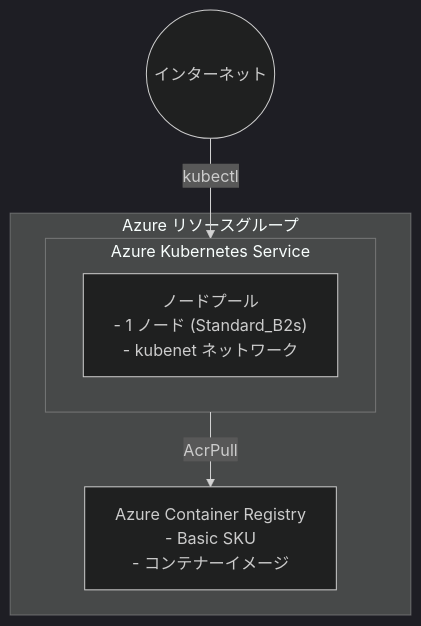
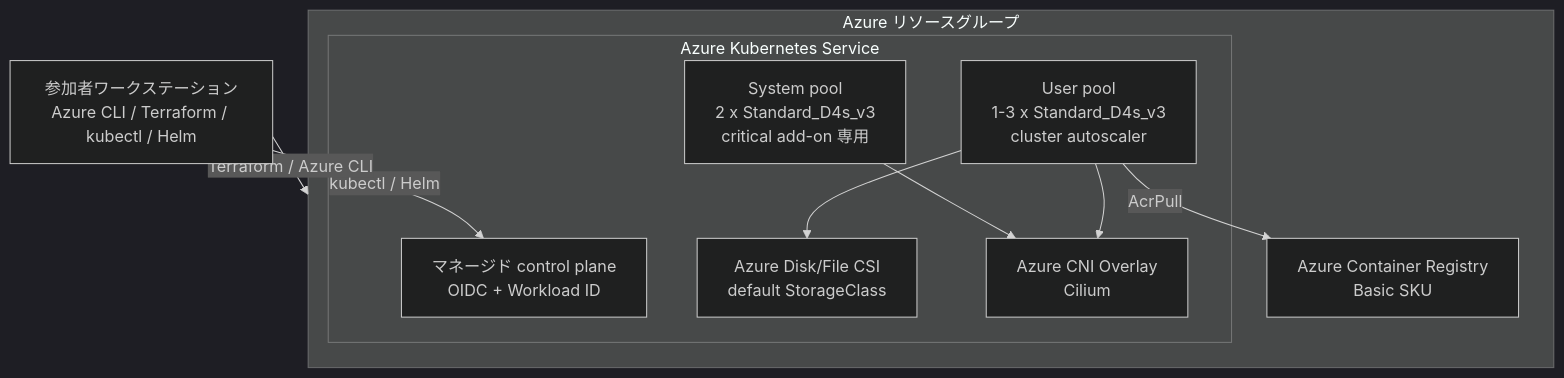
Before and after one commit to ks6088ts/template-terraform: the diagram in infra/scenarios/azure_kubernetes_playground/README.ja.md, drawn with Mermaid (dark theme). The commit also changed other lines of this file and 33 other files, not shown here.

````diff
--- a/infra/scenarios/azure_kubernetes_playground/README.ja.md
+++ b/infra/scenarios/azure_kubernetes_playground/README.ja.md
@@ -28,15 +29,23 @@
 ```mermaid
 flowchart TB
-    Internet((インターネット))
+    Operator["参加者ワークステーション<br/>Azure CLI / Terraform / kubectl / Helm"]
 
     subgraph Azure["Azure リソースグループ"]
-        ACR["Azure Container Registry<br/>- Basic SKU<br/>- コンテナーイメージ"]
+        ACR["Azure Container Registry<br/>Basic SKU"]
 
         subgraph AKS["Azure Kubernetes Service"]
-            Node["ノードプール<br/>- 1 ノード (Standard_B2s)<br/>- kubenet ネットワーク"]
+            ControlPlane["マネージド control plane<br/>OIDC + Workload ID"]
+            SystemPool["System pool<br/>2 x Standard_D4s_v3<br/>critical add-on 専用"]
+            UserPool["User pool<br/>1-3 x Standard_D4s_v3<br/>cluster autoscaler"]
+            CSI["Azure Disk/File CSI<br/>default StorageClass"]
+            Cilium["Azure CNI Overlay<br/>Cilium"]
         end
     end
 
-    Internet -->|kubectl| AKS
-    AKS -->|AcrPull| ACR
+    Operator -->|Terraform / Azure CLI| Azure
+    Operator -->|kubectl / Helm| ControlPlane
+    UserPool -->|AcrPull| ACR
+    UserPool --> CSI
+    SystemPool --> Cilium
+    UserPool --> Cilium
 ```
````
